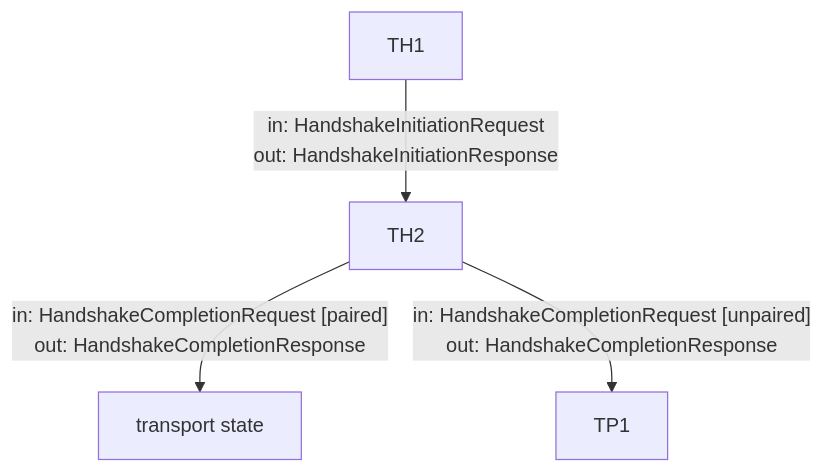
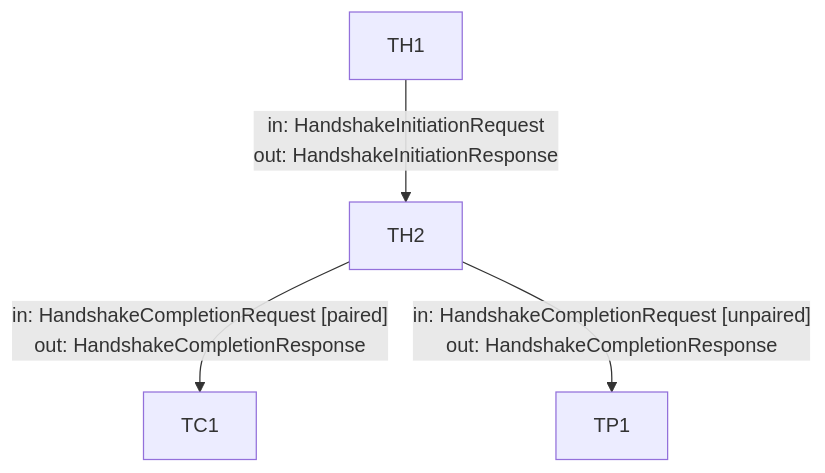
Before and after one commit to trezor/trezor-firmware: the fifth of 15 diagrams in docs/common/thp/specification.md, drawn with Mermaid.

Commit message:
fixup! fixup! fixup! fixup! fixup! fixup! fixup! fixup! fixup! fixup! fixup! fixup! fixup! fixup! fixup! fixup! fixup! fixup! fixup! fixup! fixup! docs: add thp documentation - part 1

````diff
--- a/docs/common/thp/specification.md
+++ b/docs/common/thp/specification.md
@@ -586,6 +586,6 @@
 ```mermaid
 flowchart TD
   TH1 -- in:&nbsp;HandshakeInitiationRequest<br>out:&nbsp;HandshakeInitiationResponse --> TH2
-  TH2 -- in:&nbsp;HandshakeCompletionRequest&nbsp;[paired]<br>out:&nbsp;HandshakeCompletionResponse --> TS["transport state"]
+  TH2 -- in:&nbsp;HandshakeCompletionRequest&nbsp;[paired]<br>out:&nbsp;HandshakeCompletionResponse --> TC1
   TH2 -- in:&nbsp;HandshakeCompletionRequest&nbsp;[unpaired]<br>out:&nbsp;HandshakeCompletionResponse --> TP1
 ```
````
